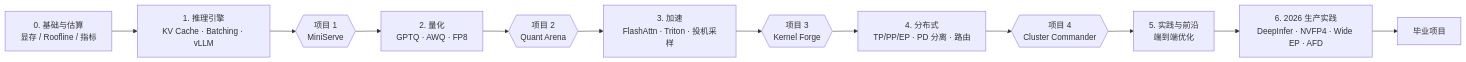
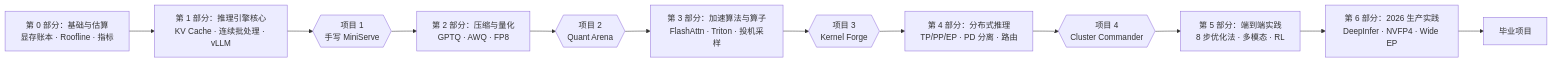
One commit to zrpxx/hands-on-llm-serving-opt changed the diagram in README.md. Above: the diagram before and after it, drawn with Mermaid. The commit also changed other lines of this file and 22 other files, not shown here.

````diff
--- a/README.md
+++ b/README.md
@@ -28,14 +41,14 @@
 ```mermaid
 flowchart LR
-  S0["0. 基础与估算<br/>显存 / Roofline / 指标"] --> S1["1. 推理引擎<br/>KV Cache · Batching · vLLM"]
-  S1 --> B1{{"项目 1<br/>MiniServe"}}
-  B1 --> S2["2. 量化<br/>GPTQ · AWQ · FP8"]
+  S0["第 0 部分：基础与估算<br/>显存账本 · Roofline · 指标"] --> S1["第 1 部分：推理引擎核心<br/>KV Cache · 连续批处理 · vLLM"]
+  S1 --> B1{{"项目 1<br/>手写 MiniServe"}}
+  B1 --> S2["第 2 部分：压缩与量化<br/>GPTQ · AWQ · FP8"]
   S2 --> B2{{"项目 2<br/>Quant Arena"}}
-  B2 --> S3["3. 加速<br/>FlashAttn · Triton · 投机采样"]
+  B2 --> S3["第 3 部分：加速算法与算子<br/>FlashAttn · Triton · 投机采样"]
   S3 --> B3{{"项目 3<br/>Kernel Forge"}}
-  B3 --> S4["4. 分布式<br/>TP/PP/EP · PD 分离 · 路由"]
+  B3 --> S4["第 4 部分：分布式推理<br/>TP/PP/EP · PD 分离 · 路由"]
   S4 --> B4{{"项目 4<br/>Cluster Commander"}}
-  B4 --> S5["5. 实践与前沿<br/>端到端优化"]
-  S5 --> S6["6. 2026 生产实践<br/>DeepInfer · NVFP4 · Wide EP · AFD"]
+  B4 --> S5["第 5 部分：端到端实践<br/>8 步优化法 · 多模态 · RL"]
+  S5 --> S6["第 6 部分：2026 生产实践<br/>DeepInfer · NVFP4 · Wide EP"]
   S6 --> F["毕业项目"]
 ```
````
